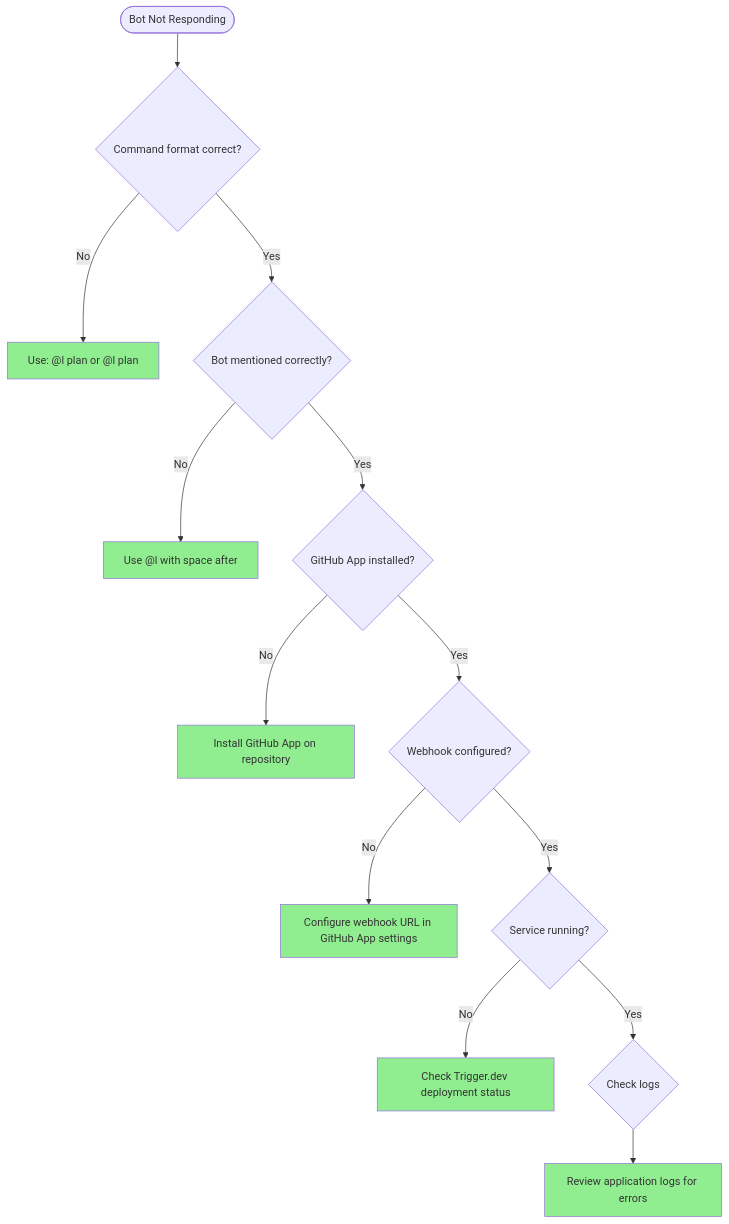
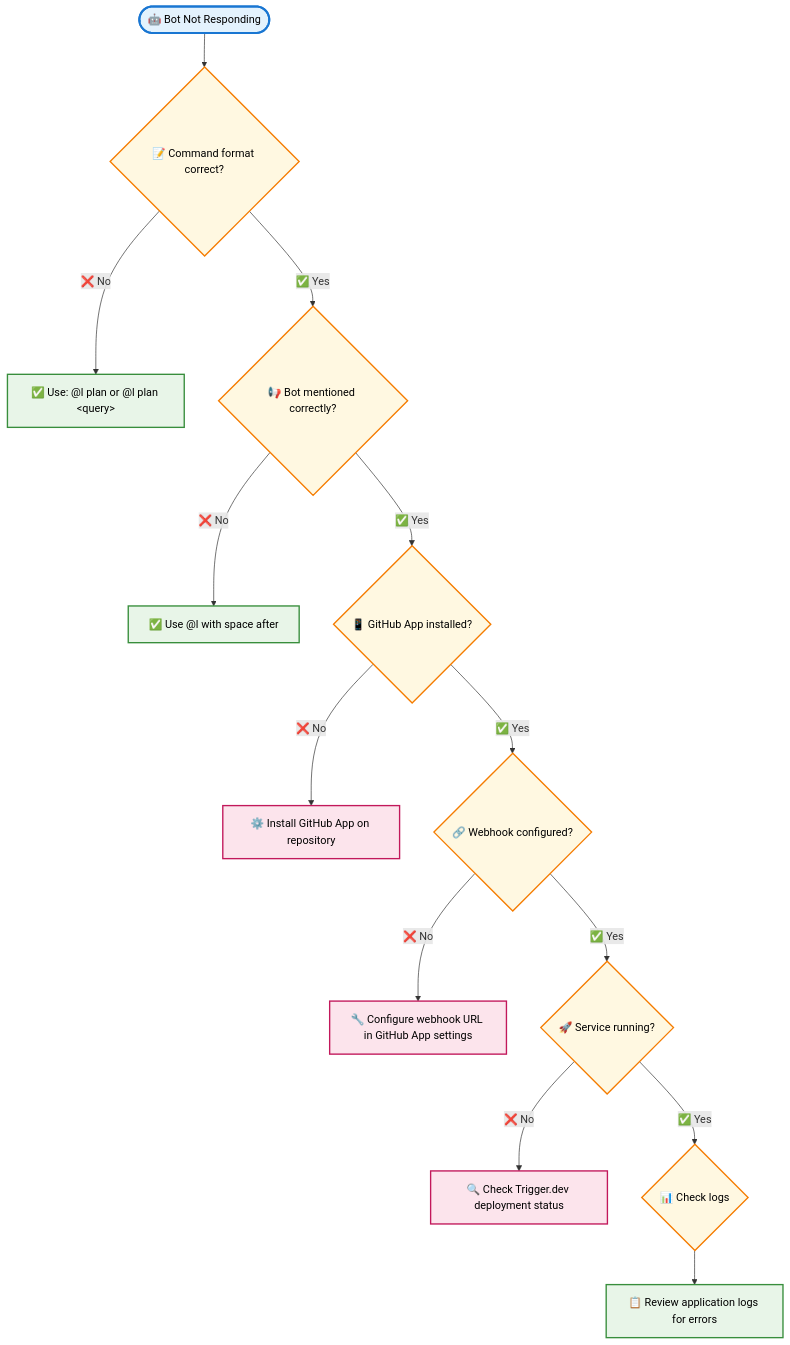
Before and after one commit to larp0/uwularpy: the third of 10 diagrams in AT_L_PLAN_TROUBLESHOOTING_FLOWCHART.md, drawn with Mermaid. The commit also changed other lines of this file and 1 other file, not shown here.

Commit message:
Improve mermaid diagrams with enhanced styling, icons, and visual hierarchy

````diff
--- a/AT_L_PLAN_TROUBLESHOOTING_FLOWCHART.md
+++ b/AT_L_PLAN_TROUBLESHOOTING_FLOWCHART.md
@@ -39,28 +79,32 @@
 ```mermaid
 flowchart TD
-    NoResponseFlow([Bot Not Responding]) --> NR1{Command format correct?}
+    NoResponseFlow([🤖 Bot Not Responding]) --> NR1{📝 Command format correct?}
     
-    NR1 -->|No| NR1Fix[Use: @l plan or @l plan <query>]
-    NR1 -->|Yes| NR2{Bot mentioned correctly?}
+    NR1 -->|❌ No| NR1Fix[✅ Use: @l plan or @l plan &lt;query&gt;]
+    NR1 -->|✅ Yes| NR2{📢 Bot mentioned correctly?}
     
-    NR2 -->|No| NR2Fix[Use @l with space after]
-    NR2 -->|Yes| NR3{GitHub App installed?}
+    NR2 -->|❌ No| NR2Fix[✅ Use @l with space after]
+    NR2 -->|✅ Yes| NR3{📱 GitHub App installed?}
     
-    NR3 -->|No| NR3Fix[Install GitHub App on repository]
-    NR3 -->|Yes| NR4{Webhook configured?}
+    NR3 -->|❌ No| NR3Fix[⚙️ Install GitHub App on repository]
+    NR3 -->|✅ Yes| NR4{🔗 Webhook configured?}
     
-    NR4 -->|No| NR4Fix[Configure webhook URL in GitHub App settings]
-    NR4 -->|Yes| NR5{Service running?}
+    NR4 -->|❌ No| NR4Fix[🔧 Configure webhook URL in GitHub App settings]
+    NR4 -->|✅ Yes| NR5{🚀 Service running?}
     
-    NR5 -->|No| NR5Fix[Check Trigger.dev deployment status]
-    NR5 -->|Yes| NR6{Check logs}
+    NR5 -->|❌ No| NR5Fix[🔍 Check Trigger.dev deployment status]
+    NR5 -->|✅ Yes| NR6{📊 Check logs}
     
-    NR6 --> NR6Fix[Review application logs for errors]
+    NR6 --> NR6Fix[📋 Review application logs for errors]
     
-    style NR1Fix fill:#90EE90
-    style NR2Fix fill:#90EE90
-    style NR3Fix fill:#90EE90
-    style NR4Fix fill:#90EE90
-    style NR5Fix fill:#90EE90
-    style NR6Fix fill:#90EE90
+    %% Color coding for visual clarity
+    classDef startNode fill:#e3f2fd,stroke:#1976d2,stroke-width:3px,color:#000
+    classDef fixNode fill:#e8f5e8,stroke:#388e3c,stroke-width:2px,color:#000
+    classDef checkNode fill:#fff8e1,stroke:#f57c00,stroke-width:2px,color:#000
+    classDef configNode fill:#fce4ec,stroke:#c2185b,stroke-width:2px,color:#000
+    
+    class NoResponseFlow startNode
+    class NR1Fix,NR2Fix,NR6Fix fixNode
+    class NR3Fix,NR4Fix,NR5Fix configNode
+    class NR1,NR2,NR3,NR4,NR5,NR6 checkNode
 ```
````
